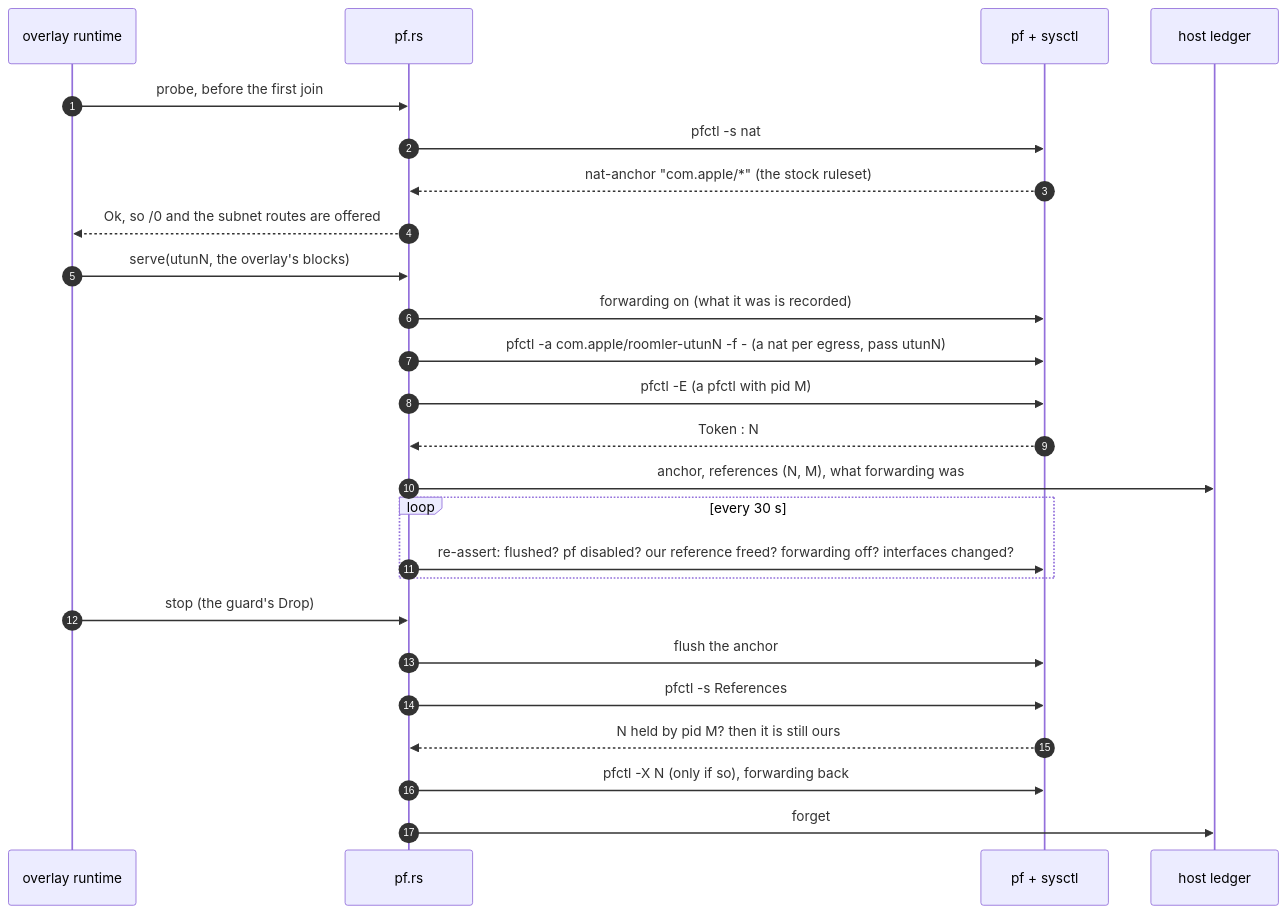
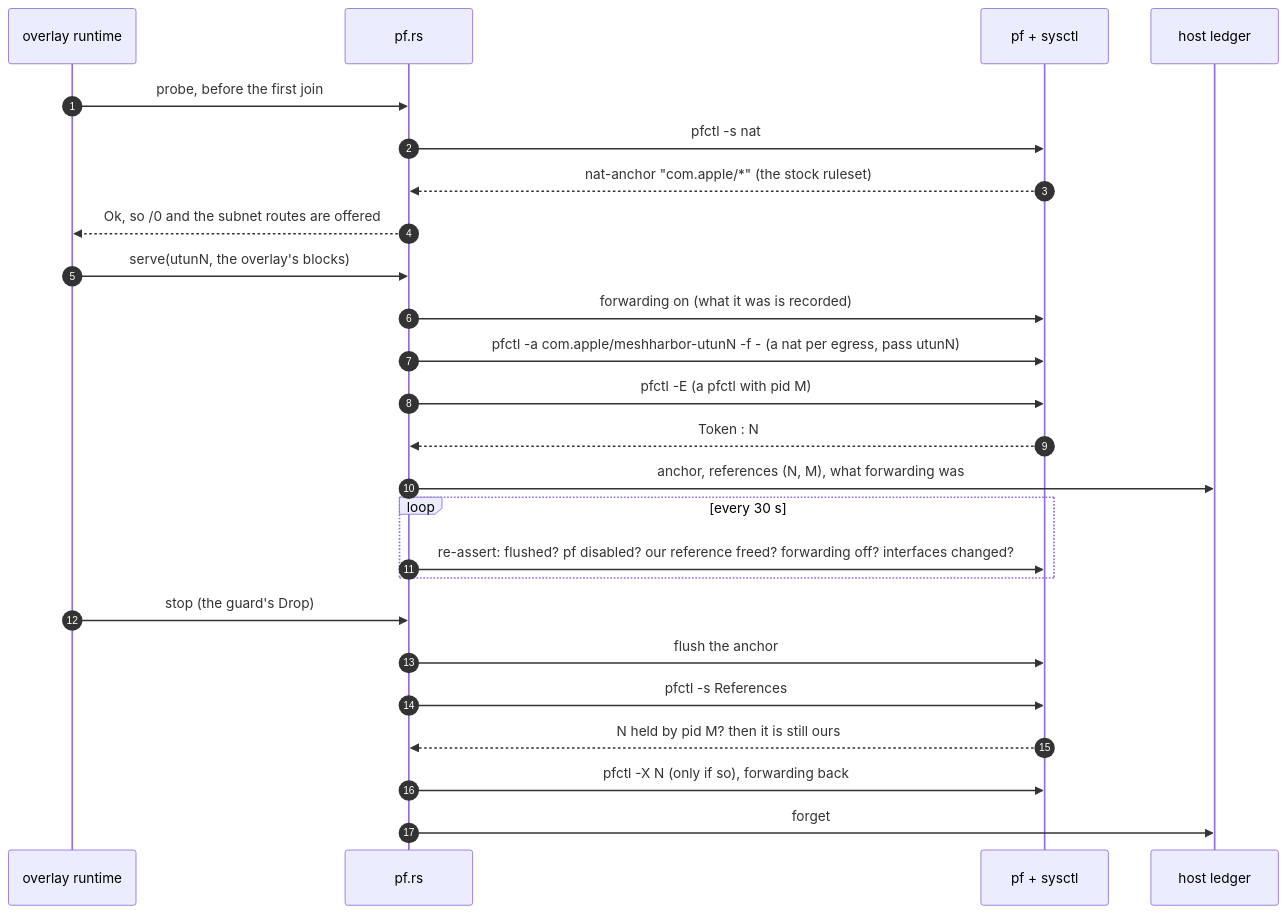
Before and after one commit to jk-zhang-meta/MeshHarbor: the seventh of 8 diagrams in docs/overlay-exit-nodes.md, drawn with Mermaid. The commit also changed other lines of this file and 682 other files, not shown here.

````diff
--- a/docs/overlay-exit-nodes.md
+++ b/docs/overlay-exit-nodes.md
@@ -471,27 +471,27 @@
 ```mermaid
 sequenceDiagram
     autonumber
     participant R as overlay runtime
     participant P as pf.rs
     participant K as pf + sysctl
     participant L as host ledger
     R->>P: probe, before the first join
     P->>K: pfctl -s nat
     K-->>P: nat-anchor "com.apple/*" (the stock ruleset)
     P-->>R: Ok, so /0 and the subnet routes are offered
     R->>P: serve(utunN, the overlay's blocks)
     P->>K: forwarding on (what it was is recorded)
-    P->>K: pfctl -a com.apple/roomler-utunN -f - (a nat per egress, pass utunN)
+    P->>K: pfctl -a com.apple/meshharbor-utunN -f - (a nat per egress, pass utunN)
     P->>K: pfctl -E (a pfctl with pid M)
     K-->>P: Token : N
     P->>L: anchor, references (N, M), what forwarding was
     loop every 30 s
         P->>K: re-assert: flushed? pf disabled? our reference freed? forwarding off? interfaces changed?
     end
     R->>P: stop (the guard's Drop)
     P->>K: flush the anchor
     P->>K: pfctl -s References
     K-->>P: N held by pid M? then it is still ours
     P->>K: pfctl -X N (only if so), forwarding back
     P->>L: forget
 ```
````
